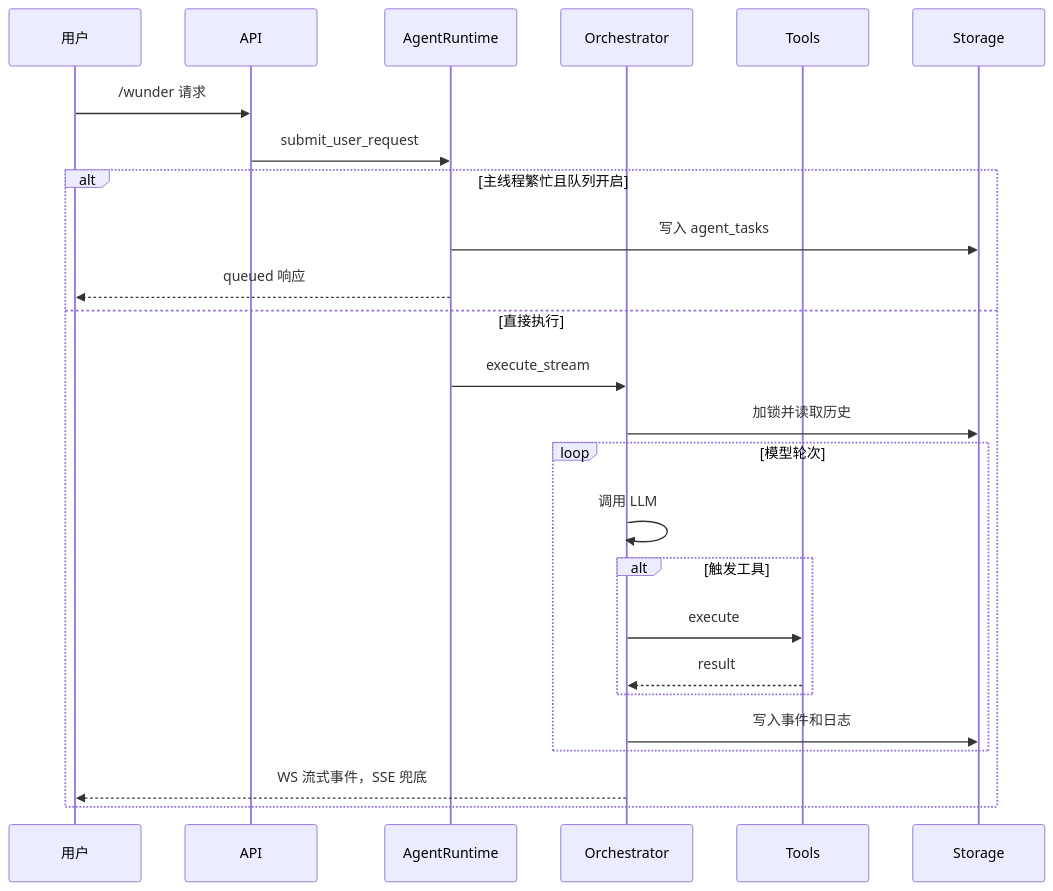
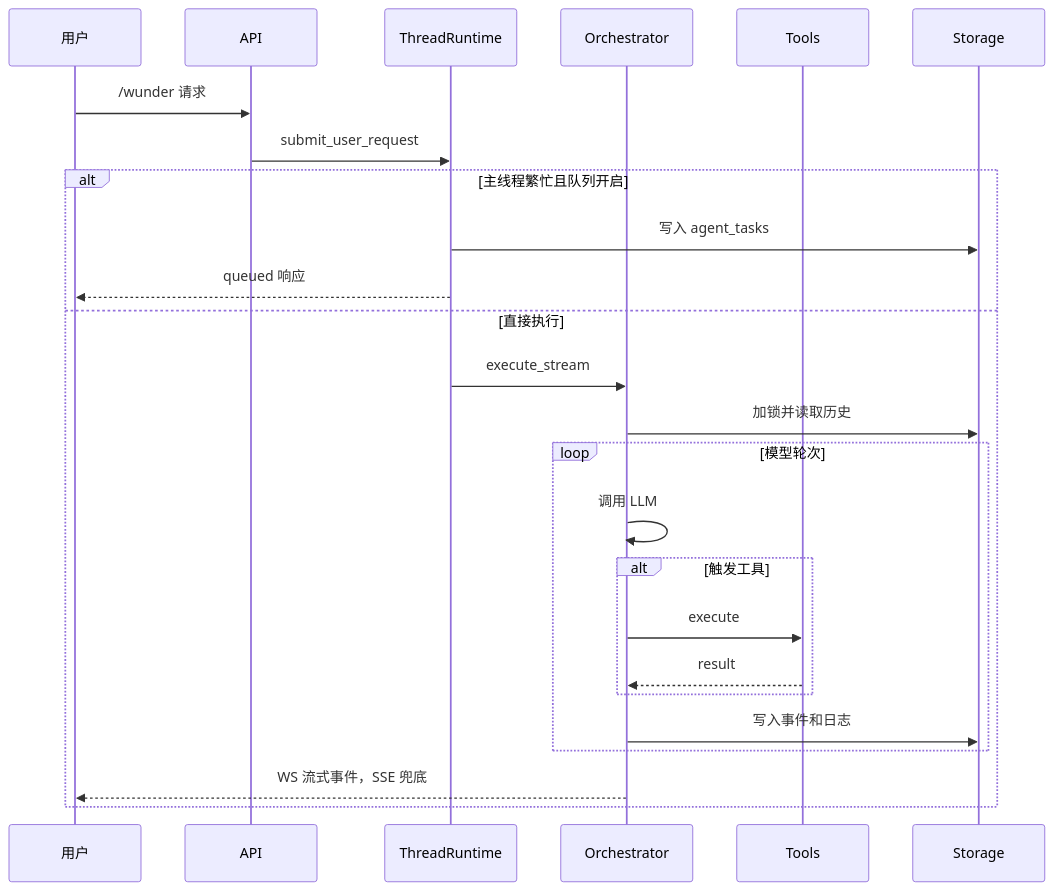
The third of 9 diagrams in docs/系统介绍.md (ylsdamxssjxxdd/wunder), drawn with Mermaid before and after one commit. The commit also changed other lines of this file and 71 other files, not shown here.

````diff
--- a/docs/系统介绍.md
+++ b/docs/系统介绍.md
@@ -163,28 +165,28 @@
 ```mermaid
 sequenceDiagram
   participant U as 用户
   participant API as API
-  participant AR as AgentRuntime
+  participant TR as ThreadRuntime
   participant O as Orchestrator
   participant T as Tools
   participant S as Storage
 
   U->>API: /wunder 请求
-  API->>AR: submit_user_request
+  API->>TR: submit_user_request
   alt 主线程繁忙且队列开启
-    AR->>S: 写入 agent_tasks
-    AR-->>U: queued 响应
+    TR->>S: 写入 agent_tasks
+    TR-->>U: queued 响应
   else 直接执行
-    AR->>O: execute_stream
+    TR->>O: execute_stream
     O->>S: 加锁并读取历史
     loop 模型轮次
       O->>O: 调用 LLM
       alt 触发工具
         O->>T: execute
         T-->>O: result
       end
       O->>S: 写入事件和日志
     end
     O-->>U: WS 流式事件，SSE 兜底
   end
 ```
````
